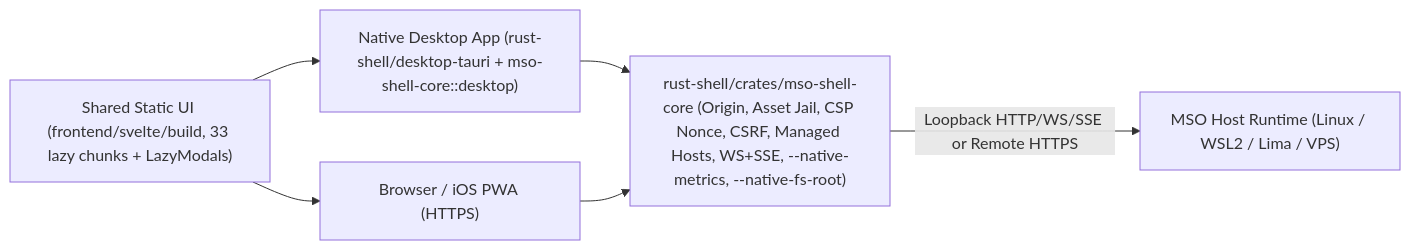
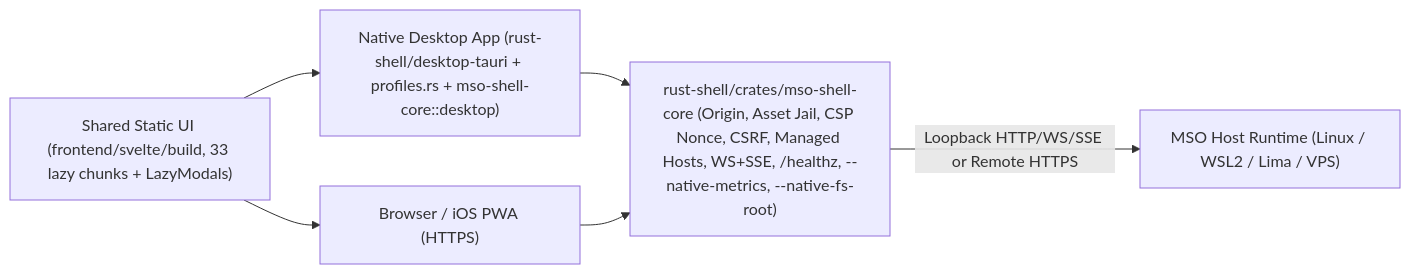
The diagram in docs/RUST-SHELL-PLAN.md (rahmanef63/mso), drawn with Mermaid before and after one commit. The commit also changed other lines of this file and 21 other files, not shown here.

Commit message:
feat(hybrid): complete Inc. 4 100%, add Inc. 5 cutover/bench harness, Rust R3G/R4 native FS, and R1 desktop profiles

````diff
--- a/docs/RUST-SHELL-PLAN.md
+++ b/docs/RUST-SHELL-PLAN.md
@@ -63,14 +63,14 @@
 ```mermaid
 flowchart LR
   UI["Shared Static UI (frontend/svelte/build, 33 lazy chunks + LazyModals)"]
   Web["Browser / iOS PWA (HTTPS)"]
-  Desktop["Native Desktop App (rust-shell/desktop-tauri + mso-shell-core::desktop)"]
-  Core["rust-shell/crates/mso-shell-core (Origin, Asset Jail, CSP Nonce, CSRF, Managed Hosts, WS+SSE, --native-metrics, --native-fs-root)"]
+  Desktop["Native Desktop App (rust-shell/desktop-tauri + profiles.rs + mso-shell-core::desktop)"]
+  Core["rust-shell/crates/mso-shell-core (Origin, Asset Jail, CSP Nonce, CSRF, Managed Hosts, WS+SSE, /healthz, --native-metrics, --native-fs-root)"]
   Host["MSO Host Runtime (Linux / WSL2 / Lima / VPS)"]
 
   UI --> Web
   UI --> Desktop
   Desktop --> Core
   Web --> Core
   Core -->|"Loopback HTTP/WS/SSE or Remote HTTPS"| Host
 ```
````
